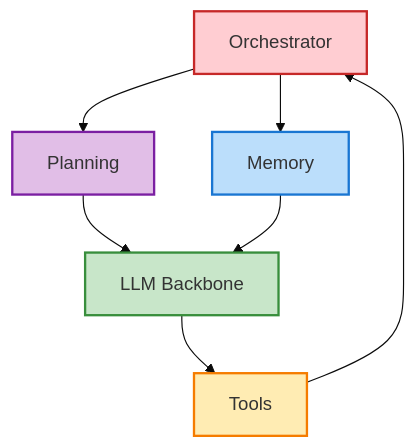
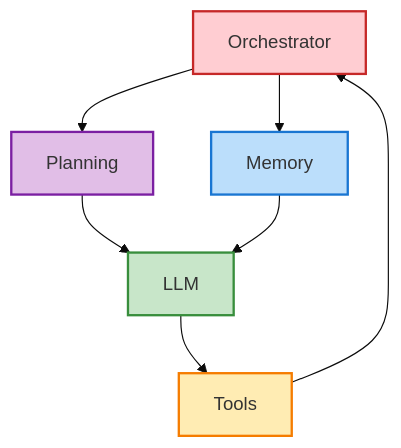
Before and after one commit to hiddenpunch/hiddenpunch.github.io: the first of 2 diagrams in content/posts/ai-agent-anatomy-01-common-structure.md, drawn with Mermaid (base theme). The commit also changed other lines of this file, not shown here.

```diff
--- a/content/posts/ai-agent-anatomy-01-common-structure.md
+++ b/content/posts/ai-agent-anatomy-01-common-structure.md
@@ -27,21 +51,21 @@
 <pre class="mermaid">
 flowchart TB
     ORCH[Orchestrator]
     PLAN[Planning]
     MEM[Memory]
-    LLM[LLM Backbone]
+    LLM[LLM]
     TOOLS[Tools]
     
     ORCH --> PLAN
     ORCH --> MEM
     PLAN --> LLM
     MEM --> LLM
     LLM --> TOOLS
     TOOLS --> ORCH
     
     style ORCH fill:#ffcdd2,stroke:#c62828,stroke-width:2px
     style PLAN fill:#e1bee7,stroke:#7b1fa2,stroke-width:2px
     style MEM fill:#bbdefb,stroke:#1976d2,stroke-width:2px
     style LLM fill:#c8e6c9,stroke:#388e3c,stroke-width:2px
     style TOOLS fill:#ffecb3,stroke:#f57c00,stroke-width:2px
 </pre>
```
